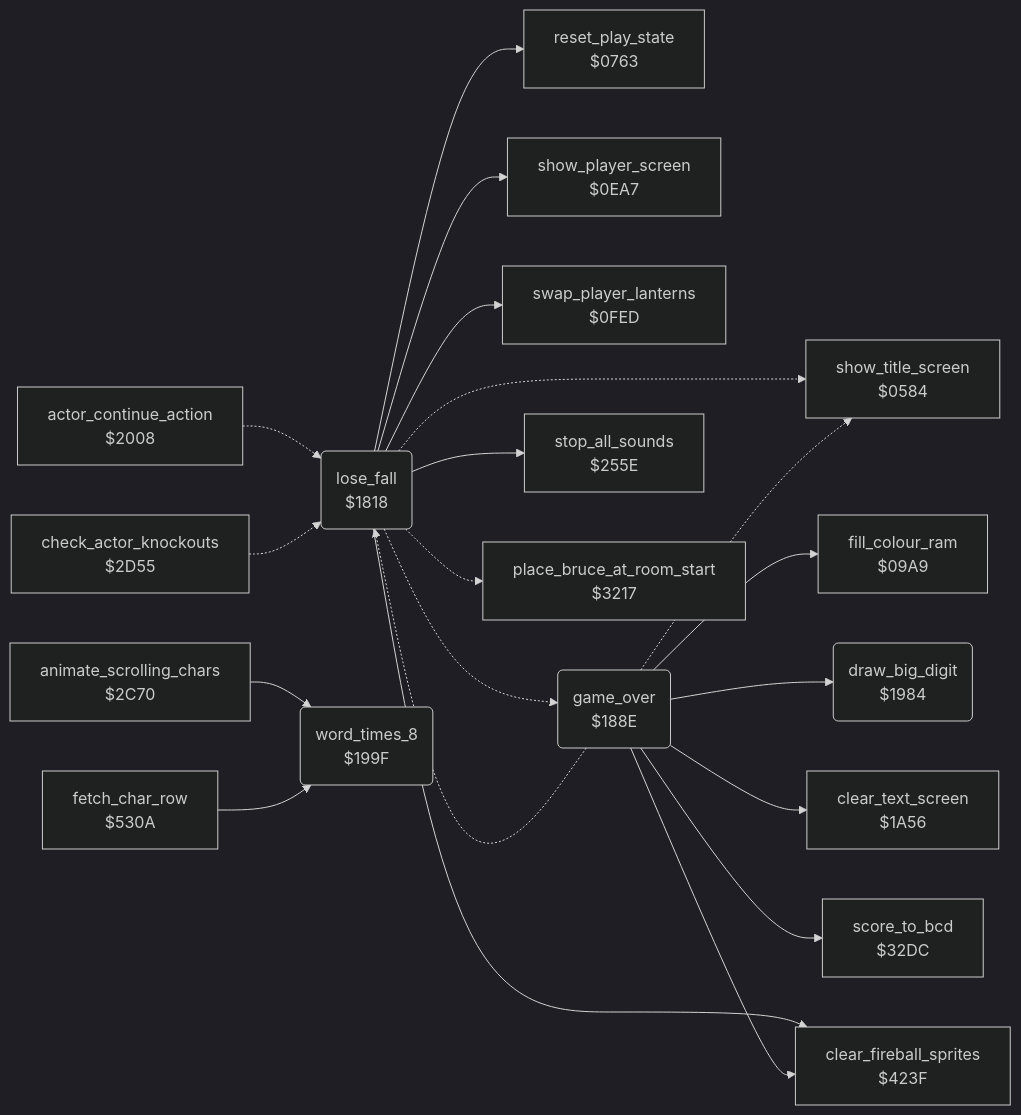
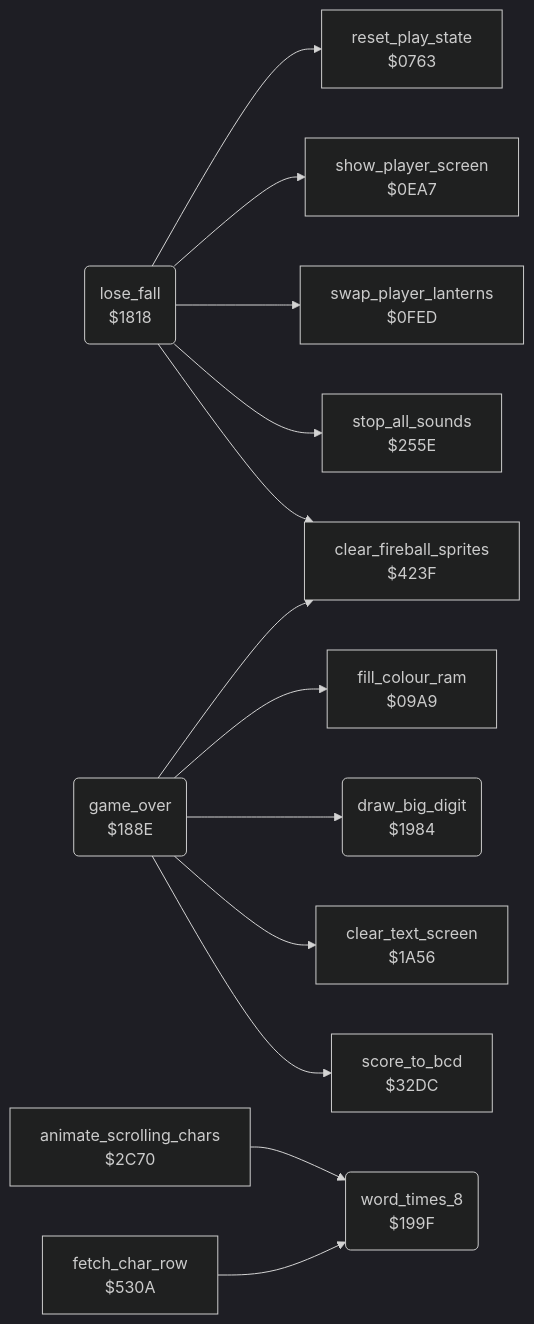
One commit to henols/c64_games changed the diagram in bruce_lee/docs/reference/modules/game/lose_fall_game_over.md. Above: the diagram before and after it, drawn with Mermaid (dark theme). The commit also changed other lines of this file and 236 other files, not shown here.

First line of the commit message:
Bruce Lee: rework to recordings and replays, and the room-change freeze of the original

````diff
--- a/bruce_lee/docs/reference/modules/game/lose_fall_game_over.md
+++ b/bruce_lee/docs/reference/modules/game/lose_fall_game_over.md
@@ -10,40 +19,29 @@
 ```mermaid
 flowchart LR
-  n0584["show_title_screen<br/>$0584"]
   n0763["reset_play_state<br/>$0763"]
   n09a9["fill_colour_ram<br/>$09A9"]
   n0ea7["show_player_screen<br/>$0EA7"]
   n0fed["swap_player_lanterns<br/>$0FED"]
   n1818("lose_fall<br/>$1818")
   n188e("game_over<br/>$188E")
   n1984("draw_big_digit<br/>$1984")
   n199f("word_times_8<br/>$199F")
   n1a56["clear_text_screen<br/>$1A56"]
-  n2008["actor_continue_action<br/>$2008"]
   n255e["stop_all_sounds<br/>$255E"]
   n2c70["animate_scrolling_chars<br/>$2C70"]
-  n2d55["check_actor_knockouts<br/>$2D55"]
-  n3217["place_bruce_at_room_start<br/>$3217"]
   n32dc["score_to_bcd<br/>$32DC"]
   n423f["clear_fireball_sprites<br/>$423F"]
   n530a["fetch_char_row<br/>$530A"]
-  n1818 -.-> n0584
   n1818 --> n0763
   n1818 --> n0ea7
   n1818 --> n0fed
-  n1818 -.-> n188e
   n1818 --> n255e
-  n1818 -.-> n3217
   n1818 --> n423f
-  n188e -.-> n0584
   n188e --> n09a9
-  n188e -.-> n1818
   n188e --> n1984
   n188e --> n1a56
   n188e --> n32dc
   n188e --> n423f
-  n2008 -.-> n1818
   n2c70 --> n199f
-  n2d55 -.-> n1818
   n530a --> n199f
 ```
````
